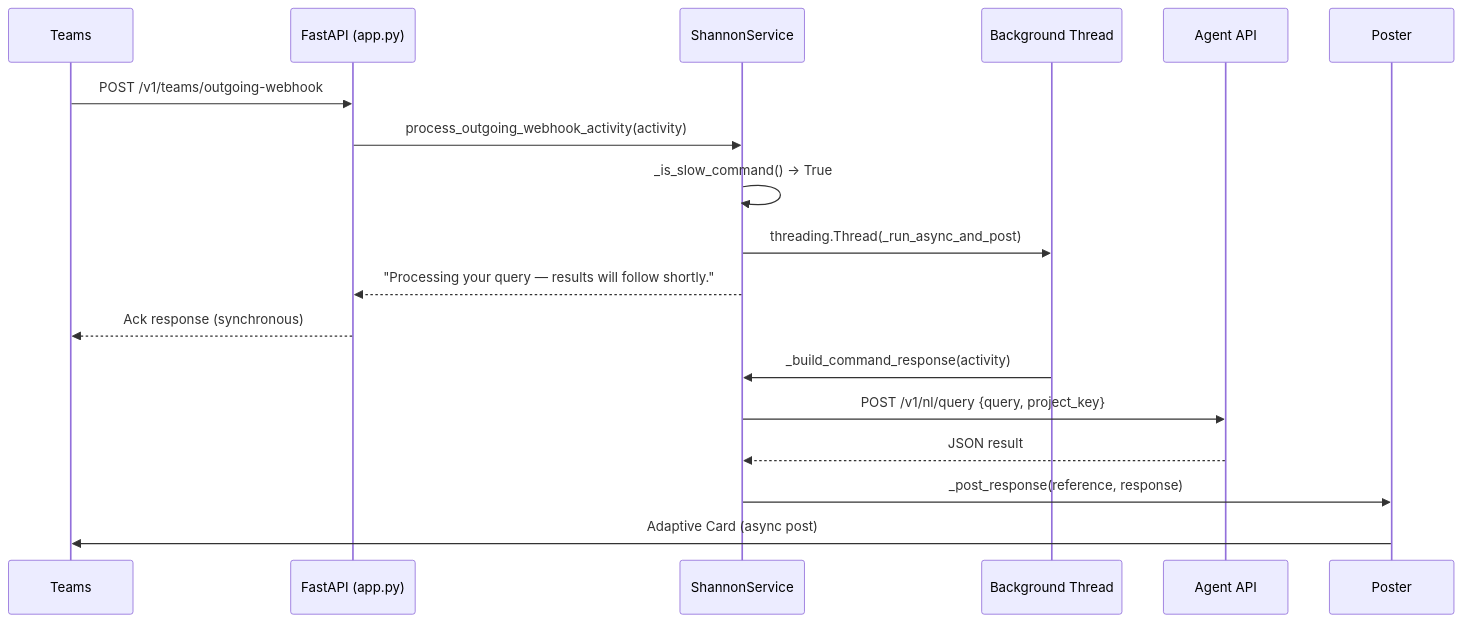
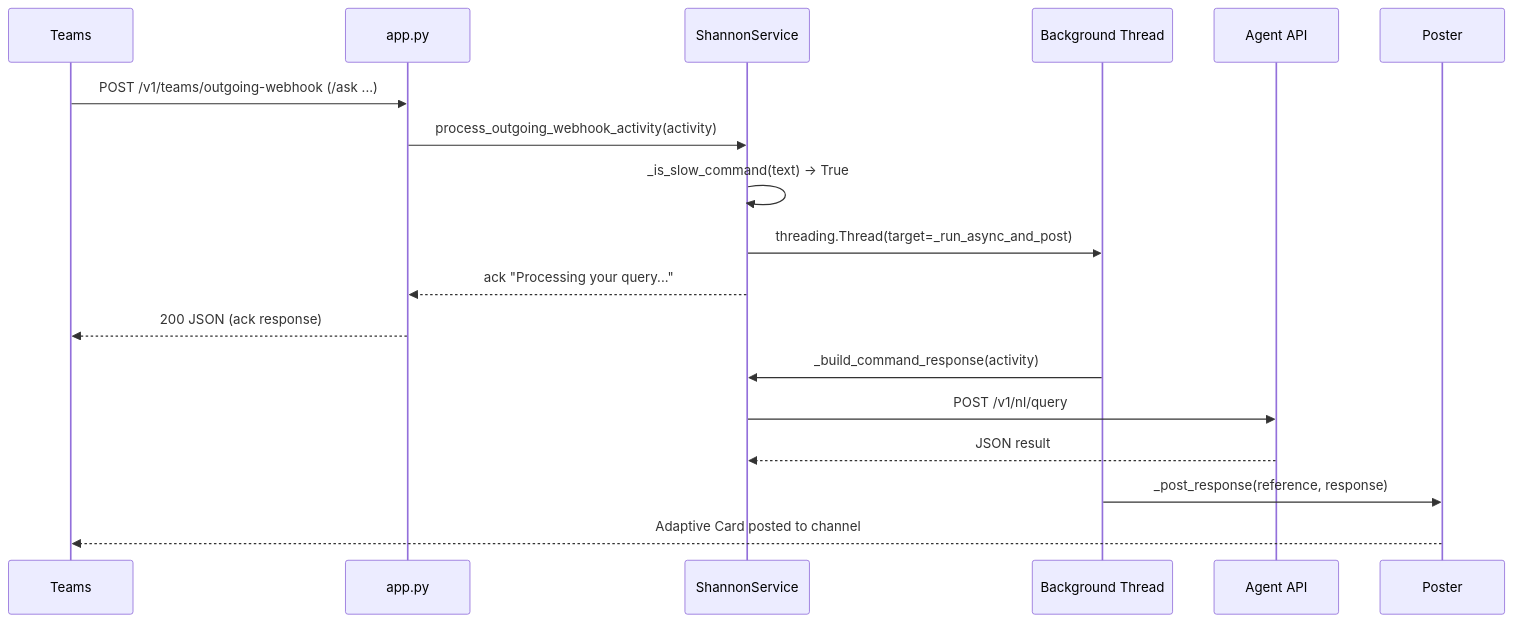
Before and after one commit to jmac-cornelis/agent-workforce: the third of 4 diagrams in docs/shannon.md, drawn with Mermaid. The commit also changed other lines of this file and 7 other files, not shown here.

````diff
--- a/docs/shannon.md
+++ b/docs/shannon.md
@@ -89,21 +107,21 @@
 ```mermaid
 sequenceDiagram
-    participant Teams
-    participant App as FastAPI (app.py)
-    participant Svc as ShannonService
-    participant Thread as Background Thread
-    participant Agent as Agent API
-    participant Poster as Poster
+    participant T as Teams
+    participant A as app.py
+    participant S as ShannonService
+    participant TH as Background Thread
+    participant AG as Agent API
+    participant P as Poster
 
-    Teams->>App: POST /v1/teams/outgoing-webhook
-    App->>Svc: process_outgoing_webhook_activity(activity)
-    Svc->>Svc: _is_slow_command() → True
-    Svc->>Thread: threading.Thread(_run_async_and_post)
-    Svc-->>App: "Processing your query — results will follow shortly."
-    App-->>Teams: Ack response (synchronous)
-    Thread->>Svc: _build_command_response(activity)
-    Svc->>Agent: POST /v1/nl/query {query, project_key}
-    Agent-->>Svc: JSON result
-    Svc->>Poster: _post_response(reference, response)
-    Poster->>Teams: Adaptive Card (async post)
+    T->>A: POST /v1/teams/outgoing-webhook (/ask ...)
+    A->>S: process_outgoing_webhook_activity(activity)
+    S->>S: _is_slow_command(text) → True
+    S->>TH: threading.Thread(target=_run_async_and_post)
+    S-->>A: ack "Processing your query..."
+    A-->>T: 200 JSON (ack response)
+    TH->>S: _build_command_response(activity)
+    S->>AG: POST /v1/nl/query
+    AG-->>S: JSON result
+    TH->>P: _post_response(reference, response)
+    P-->>T: Adaptive Card posted to channel
 ```
````
